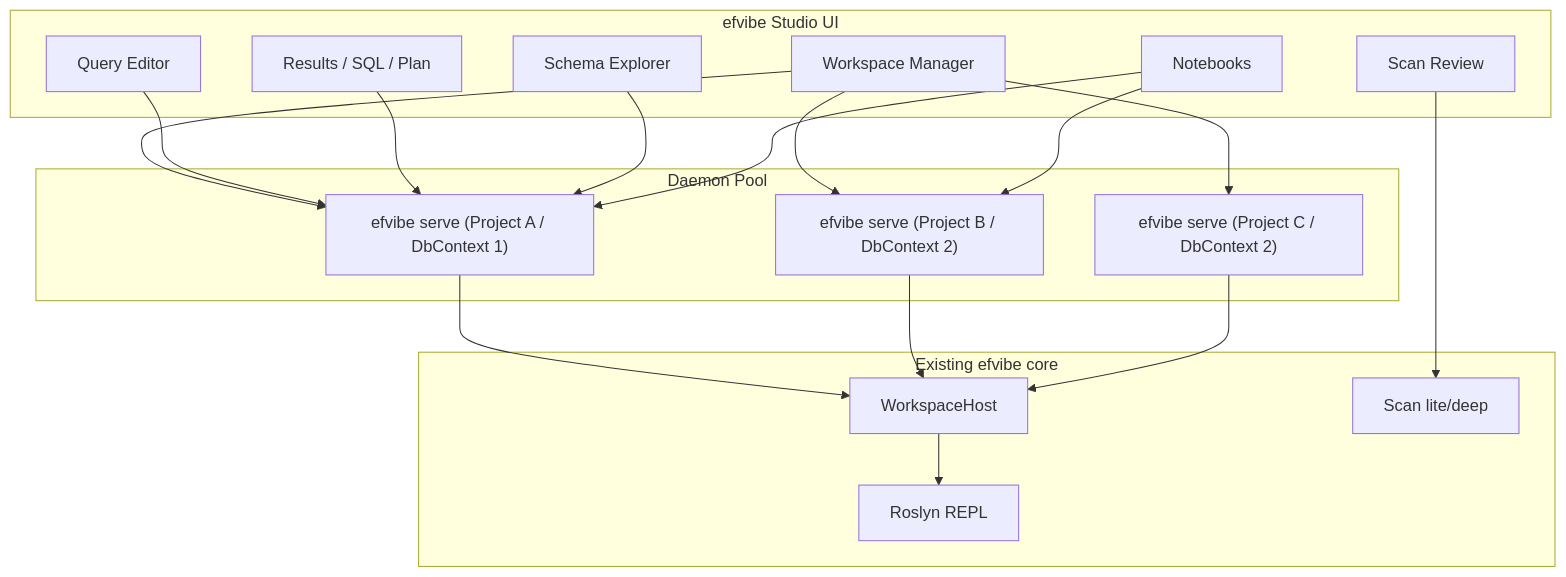
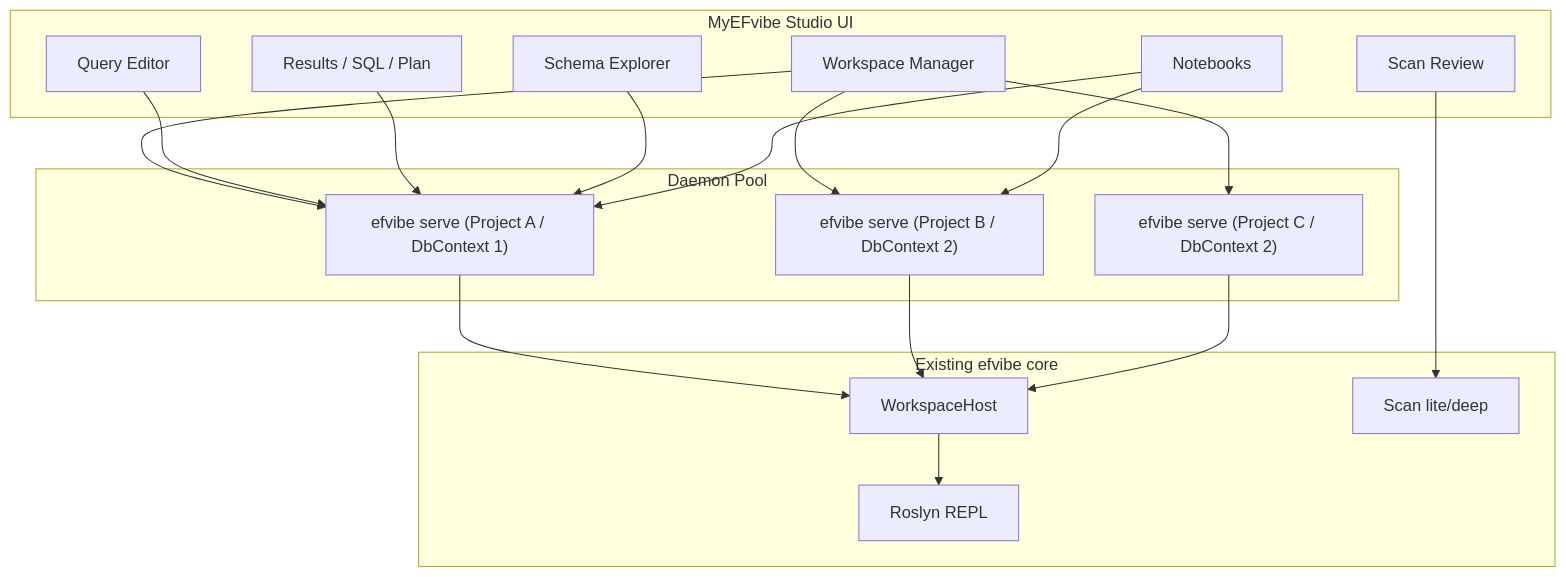
One commit to yeahbah/my-ef-vibe changed the second of 3 diagrams in docs/efvibe-studio-plan.md. Above: the diagram before and after it, drawn with Mermaid. The commit also changed other lines of this file and 14 other files, not shown here.

````diff
--- a/docs/efvibe-studio-plan.md
+++ b/docs/efvibe-studio-plan.md
@@ -221,31 +221,31 @@
 ```mermaid
 flowchart TB
-    subgraph studio [efvibe Studio UI]
+    subgraph studio [MyEFvibe Studio UI]
         WS[Workspace Manager]
         QE[Query Editor]
         RP[Results / SQL / Plan]
         SE[Schema Explorer]
         SR[Scan Review]
         NB[Notebooks]
     end
 
     subgraph daemons [Daemon Pool]
         D1["efvibe serve (Project A / DbContext 1)"]
         D2["efvibe serve (Project B / DbContext 2)"]
         D3["efvibe serve (Project C / DbContext 2)"]
     end
 
     subgraph engine [Existing efvibe core]
         WH[WorkspaceHost]
         REPL[Roslyn REPL]
         SCAN[Scan lite/deep]
     end
 
     WS --> D1 & D2 & D3
     QE --> D1
     RP --> D1
     SE --> D1
     SR --> SCAN
     NB --> D1 & D2
     D1 & D2 & D3 --> WH --> REPL
 ```
````
